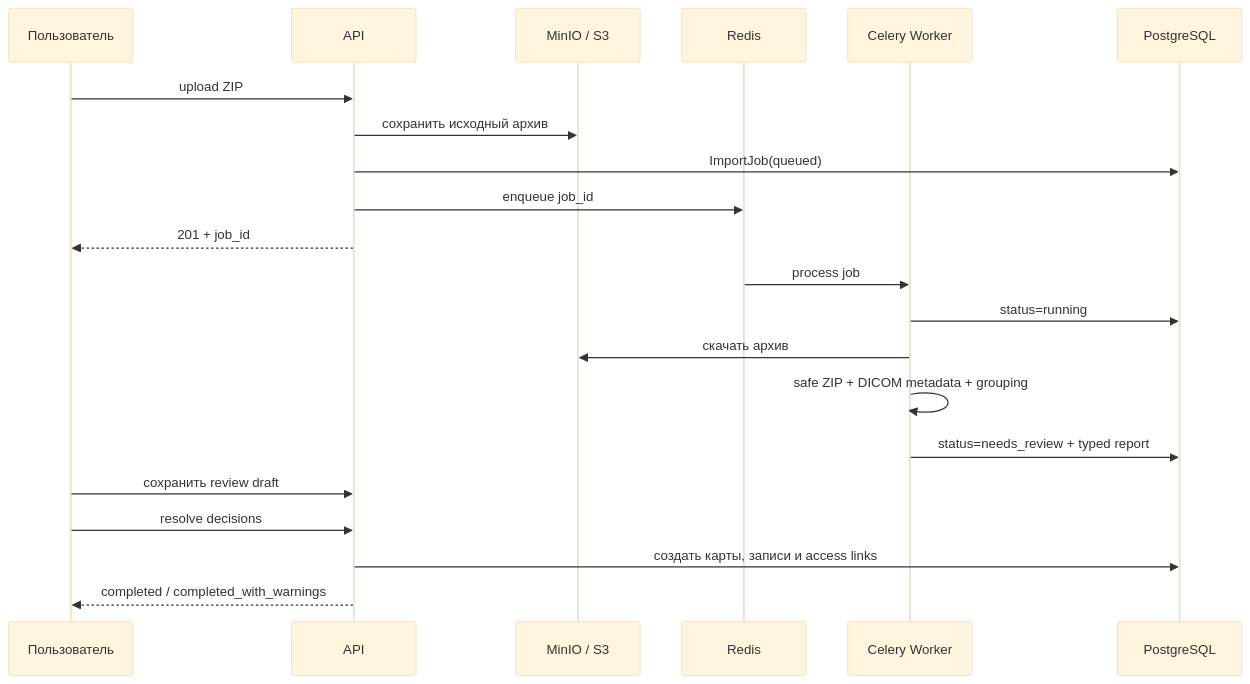
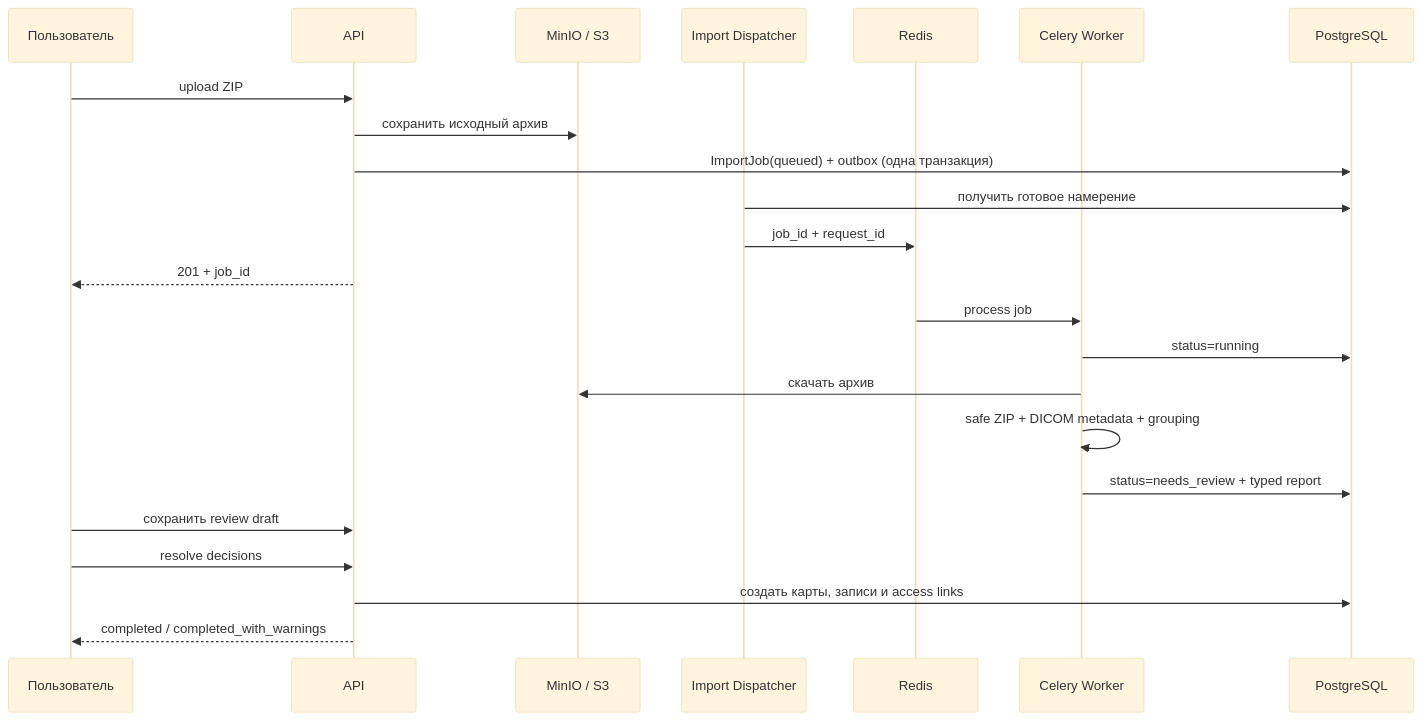
The sixth of 6 diagrams in ARCHITECTURE.md (RriperR/Docere-2.0), drawn with Mermaid (base theme) before and after one commit. The commit also changed other lines of this file and 25 other files, not shown here.

````diff
--- a/ARCHITECTURE.md
+++ b/ARCHITECTURE.md
@@ -272,24 +272,26 @@
 ```mermaid
 sequenceDiagram
     participant U as Пользователь
     participant API
     participant S3 as MinIO / S3
+    participant D as Import Dispatcher
     participant Q as Redis
     participant W as Celery Worker
     participant DB as PostgreSQL
 
     U->>API: upload ZIP
     API->>S3: сохранить исходный архив
-    API->>DB: ImportJob(queued)
-    API->>Q: enqueue job_id
+    API->>DB: ImportJob(queued) + outbox (одна транзакция)
+    D->>DB: получить готовое намерение
+    D->>Q: job_id + request_id
     API-->>U: 201 + job_id
     Q->>W: process job
     W->>DB: status=running
     W->>S3: скачать архив
     W->>W: safe ZIP + DICOM metadata + grouping
     W->>DB: status=needs_review + typed report
     U->>API: сохранить review draft
     U->>API: resolve decisions
     API->>DB: создать карты, записи и access links
     API-->>U: completed / completed_with_warnings
 ```
````
